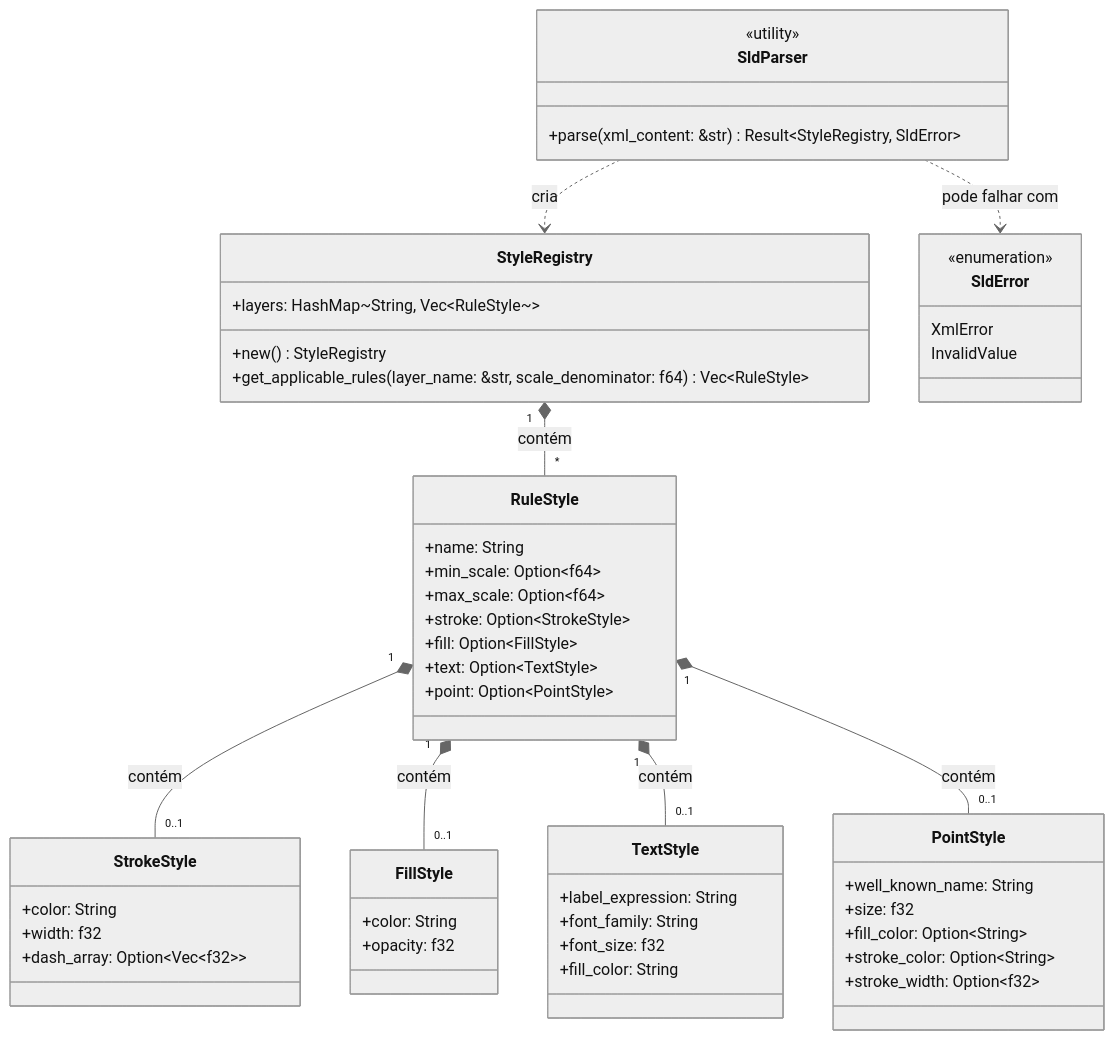
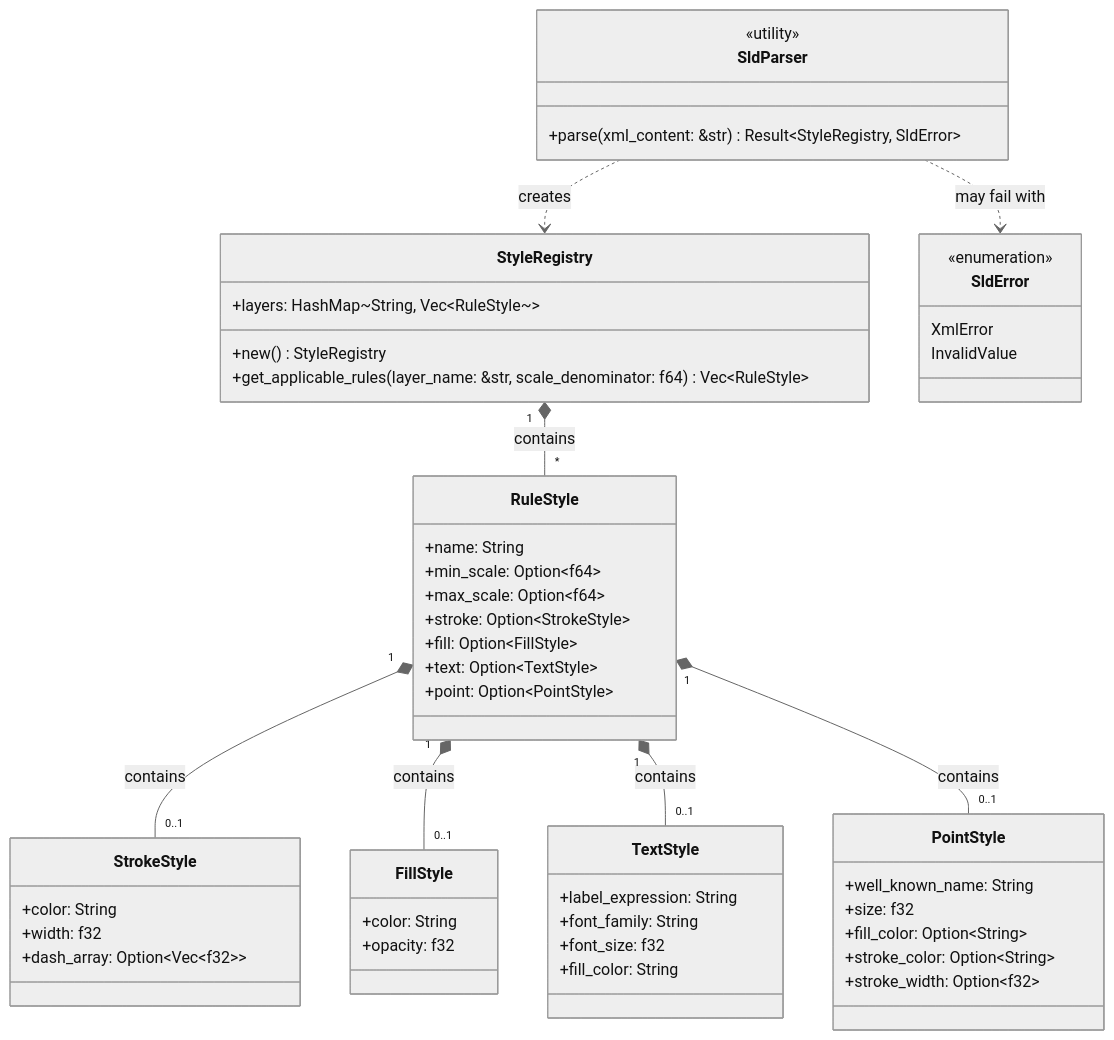
One commit to rodoni/olayer changed the diagram in docs/core/sld/arch.md. Above: the diagram before and after it, drawn with Mermaid (neutral theme). The commit also changed other lines of this file and 29 other files, not shown here.

````diff
--- a/docs/core/sld/arch.md
+++ b/docs/core/sld/arch.md
@@ -24,67 +24,67 @@
 ```mermaid
 classDiagram
     direction TB
 
     class StyleRegistry {
         +layers: HashMap~String, Vec~RuleStyle~~
         +new() StyleRegistry
         +get_applicable_rules(layer_name: &str, scale_denominator: f64) Vec~RuleStyle~
     }
 
     class RuleStyle {
         +name: String
         +min_scale: Option~f64~
         +max_scale: Option~f64~
         +stroke: Option~StrokeStyle~
         +fill: Option~FillStyle~
         +text: Option~TextStyle~
         +point: Option~PointStyle~
     }
 
     class StrokeStyle {
         +color: String
         +width: f32
         +dash_array: Option~Vec~f32~~
     }
 
     class FillStyle {
         +color: String
         +opacity: f32
     }
 
     class TextStyle {
         +label_expression: String
         +font_family: String
         +font_size: f32
         +fill_color: String
     }
 
     class PointStyle {
         +well_known_name: String
         +size: f32
         +fill_color: Option~String~
         +stroke_color: Option~String~
         +stroke_width: Option~f32~
     }
 
     %% Parser Facade
     class SldParser {
         <<utility>>
         +parse(xml_content: &str) Result~StyleRegistry, SldError~
     }
 
-    %% Erro do Mapeamento
+    %% Mapping Error
     class SldError {
         <<enumeration>>
         XmlError
         InvalidValue
     }
 
-    SldParser ..> StyleRegistry : cria
-    SldParser ..> SldError : pode falhar com
-    StyleRegistry "1" *-- "*" RuleStyle : contém
-    RuleStyle "1" *-- "0..1" StrokeStyle : contém
-    RuleStyle "1" *-- "0..1" FillStyle : contém
-    RuleStyle "1" *-- "0..1" TextStyle : contém
-    RuleStyle "1" *-- "0..1" PointStyle : contém
+    SldParser ..> StyleRegistry : creates
+    SldParser ..> SldError : may fail with
+    StyleRegistry "1" *-- "*" RuleStyle : contains
+    RuleStyle "1" *-- "0..1" StrokeStyle : contains
+    RuleStyle "1" *-- "0..1" FillStyle : contains
+    RuleStyle "1" *-- "0..1" TextStyle : contains
+    RuleStyle "1" *-- "0..1" PointStyle : contains
 ```
````
